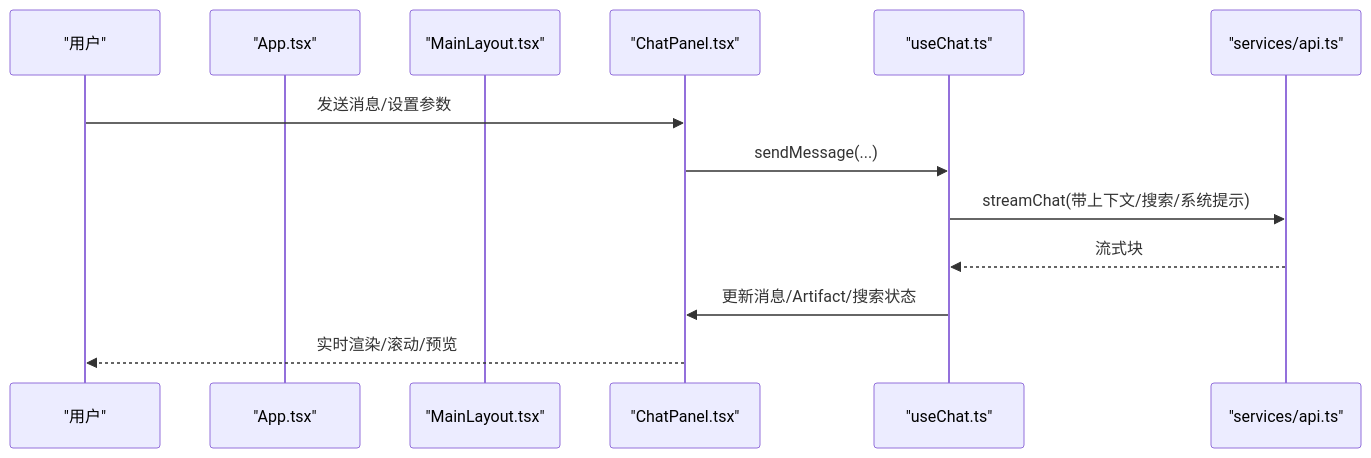
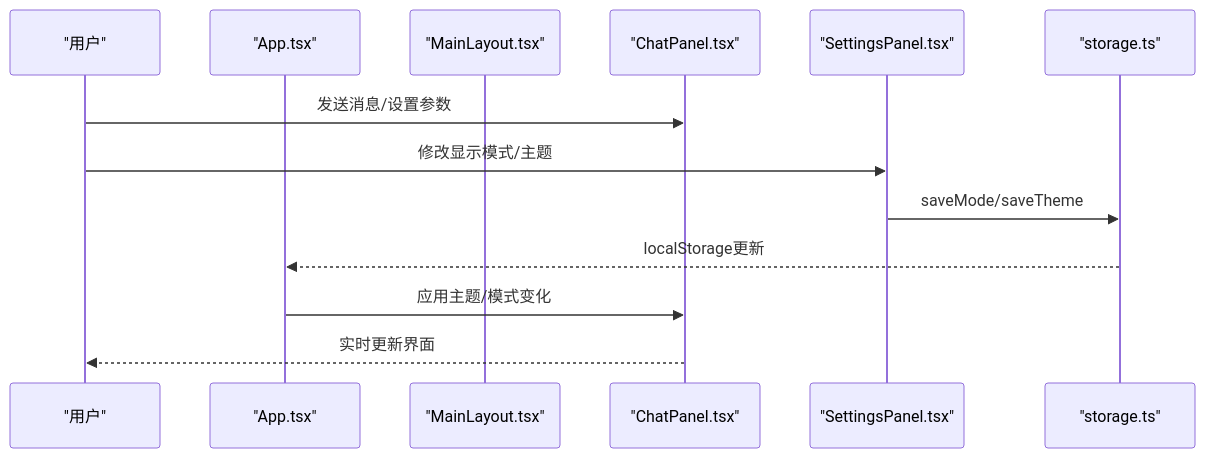
Before and after one commit to billye220670/AIShop: the second of 6 diagrams in .qoder/repowiki/zh/content/架构设计/组件架构设计/功能面板组件/功能面板组件.md, drawn with Mermaid. The commit also changed other lines of this file and 44 other files, not shown here.

````diff
--- a/.qoder/repowiki/zh/content/架构设计/组件架构设计/功能面板组件/功能面板组件.md
+++ b/.qoder/repowiki/zh/content/架构设计/组件架构设计/功能面板组件/功能面板组件.md
@@ -92,15 +112,15 @@
 ```mermaid
 sequenceDiagram
 participant U as "用户"
 participant A as "App.tsx"
 participant L as "MainLayout.tsx"
 participant C as "ChatPanel.tsx"
-participant H as "useChat.ts"
-participant S as "services/api.ts"
+participant S as "SettingsPanel.tsx"
+participant ST as "storage.ts"
 U->>C : 发送消息/设置参数
-C->>H : sendMessage(...)
-H->>S : streamChat(带上下文/搜索/系统提示)
-S-->>H : 流式块
-H->>C : 更新消息/Artifact/搜索状态
-C-->>U : 实时渲染/滚动/预览
+U->>S : 修改显示模式/主题
+S->>ST : saveMode/saveTheme
+ST-->>A : localStorage更新
+A->>C : 应用主题/模式变化
+C-->>U : 实时更新界面
 ```
````
